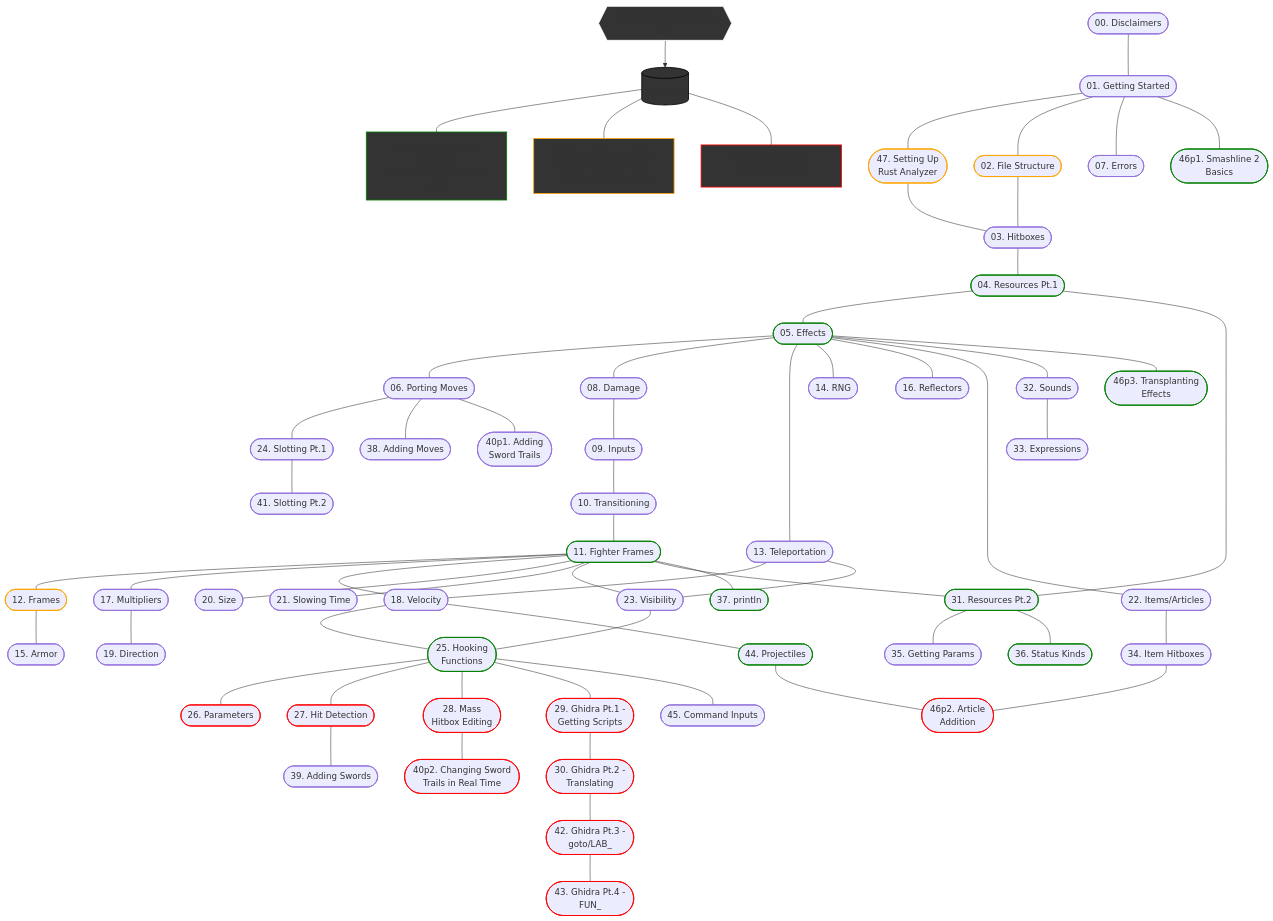
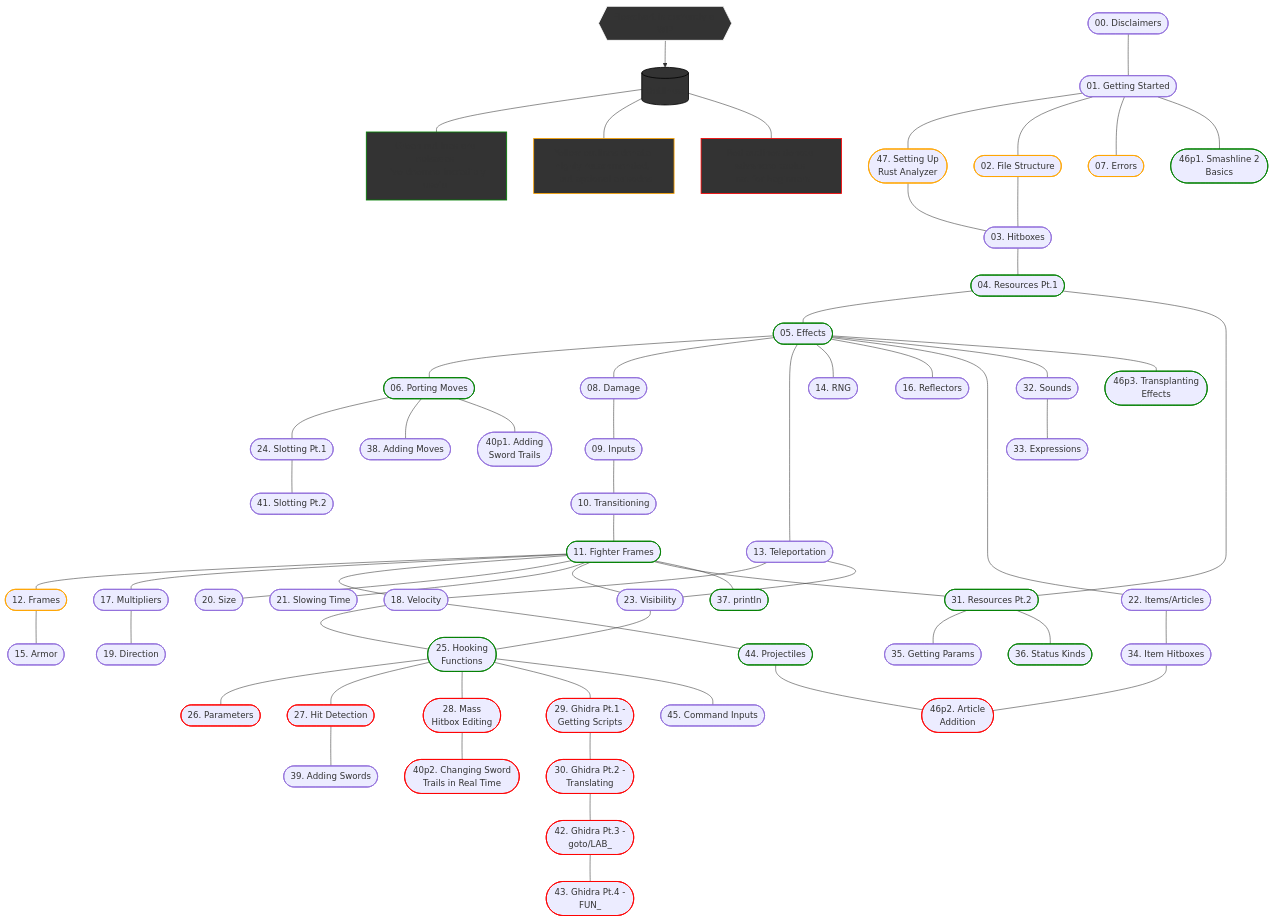
The diagram in EpisodeOrder.md (LilyLavender/ssbu-mod-workshop), drawn with Mermaid before and after one commit.

Commit message:
Flowchart part 9

````diff
--- a/EpisodeOrder.md
+++ b/EpisodeOrder.md
@@ -7,9 +7,7 @@
     classDef default stroke-width:1.5px;
     classDef toolTip fill: #333, stroke: black
     classDef hlG stroke: green
-    %% Todo: something with this
-    classDef hlY stroke: yellow
-    classDef hlO stroke: orange
+    classDef hlY stroke: orange
     classDef hlR stroke: red
     classDef hlW stroke: white
 
@@ -18,12 +16,9 @@
     tt1{{Flowchart is currently a WIP}}
     tt2[(Outlines:)]
     tt3[Green outlines are episodes \n I've deemed incredibly useful]
-    tt4[Orange outlines denote highly recommended, \n but optional episodes]
-    tt5[Red outlines are advanced topics]
-    %% Todo: Add some notes about 1. where to start 
-    %% and 2. how some episodes aren't technically needed 
-    %% (ie 06 prereq for 40) but are just recommended based on 
-    %% the amount of knowledge you should have (try dotted lines?)
+    tt4[Yellow outlines denote highly recommended, \n but optional episodes]
+    tt5[Red outlines denote advanced topics \n not for beginners]
+    %% Todo: Add some notes about where to start 
 
     %% Connections
     tt1 --> tt2
@@ -35,24 +30,24 @@
     class tt1,tt2,tt3,tt4,tt5 toolTip
     class tt1 hlW
     class tt3 hlG
-    class tt4 hlO
+    class tt4 hlY
     class tt5 hlR
 
 %% Episodes
     %% Declarations
     00([00. Disclaimers])
     01([01. Getting Started])
-    02([02. File Structure])
+    02([02. File Structure]):::hlY
     03([03. Hitboxes])
-    04([04. Resources Pt.1])
-    05([05. Effects])
-    06([06. Porting Moves])
-    07([07. Errors])
+    04([04. Resources Pt.1]):::hlG
+    05([05. Effects]):::hlG
+    06([06. Porting Moves]):::hlG
+    07([07. Errors]):::hlY
     08([08. Damage])
     09([09. Inputs])
     10([10. Transitioning])
-    11([11. Fighter Frames])
-    12([12. Frames])
+    11([11. Fighter Frames]):::hlG
+    12([12. Frames]):::hlY
     13([13. Teleportation])
     14([14. RNG])
     15([15. Armor])
@@ -65,32 +60,32 @@
     22([22. Items/Articles])
     23([23. Visibility])
     24([24. Slotting Pt.1])
-    25([25. Hooking \n Functions])
-    26([26. Parameters])
-    27([27. Hit Detection])
-    28([28. Mass \n Hitbox Editing])
-    29([29. Ghidra Pt.1 - \n Getting Scripts])
-    30([30. Ghidra Pt.2 - \n Translating])
-    31([31. Resources Pt.2])
+    25([25. Hooking \n Functions]):::hlG
+    26([26. Parameters]):::hlR
+    27([27. Hit Detection]):::hlR
+    28([28. Mass \n Hitbox Editing]):::hlR
+    29([29. Ghidra Pt.1 - \n Getting Scripts]):::hlR
+    30([30. Ghidra Pt.2 - \n Translating]):::hlR
+    31([31. Resources Pt.2]):::hlG
     32([32. Sounds])
     33([33. Expressions])
     34([34. Item Hitboxes])
     35([35. Getting Params])
-    36([36. Status Kinds])
-    37([37. println])
+    36([36. Status Kinds]):::hlG
+    37([37. println]):::hlG
     38([38. Adding Moves])
     39([39. Adding Swords])
     40.1([40p1. Adding \n Sword Trails])
-    40.2([40p2. Changing Sword \n Trails in Real Time])
+    40.2([40p2. Changing Sword \n Trails in Real Time]):::hlR
     41([41. Slotting Pt.2])
-    42([42. Ghidra Pt.3 - \n goto/LAB_])
-    43([43. Ghidra Pt.4 - \n FUN_])
-    44([44. Projectiles])
+    42([42. Ghidra Pt.3 - \n goto/LAB_]):::hlR
+    43([43. Ghidra Pt.4 - \n FUN_]):::hlR
+    44([44. Projectiles]):::hlG
     45([45. Command Inputs])
-    46.1([46p1. Smashline 2 \n Basics])
-    46.2([46p2. Article \n Addition])
-    46.3([46p3. Transplanting \n Effects])
-    47([47. Setting Up \n Rust Analyzer])
+    46.1([46p1. Smashline 2 \n Basics]):::hlG
+    46.2([46p2. Article \n Addition]):::hlR
+    46.3([46p3. Transplanting \n Effects]):::hlG
+    47([47. Setting Up \n Rust Analyzer]):::hlY
 
     %% Connections
     %%ttStart{{Start Here!}}:::hlW--- don't know if I like this or not yet
@@ -150,29 +145,4 @@
     34---46.2
     44---46.2
     05---46.3
-
-    %% Class Additions
-    %% Todo: Organize this section
-    class 46.1 hlG
-    class 47 hlO
-    class 02 hlO
-    class 04 hlG
-    class 05 hlG
-    class 31 hlG
-    class 11 hlG
-    class 12 hlO
-    class 37 hlG
-    class 44 hlG
-    class 36 hlG
-    class 25 hlG
-    class 29 hlR
-    class 30 hlR
-    class 42 hlR
-    class 43 hlR
-    class 26 hlR
-    class 27 hlR
-    class 28 hlR
-    class 40.2 hlR
-    class 46.2 hlR
-    class 46.3 hlG
 ```
````
